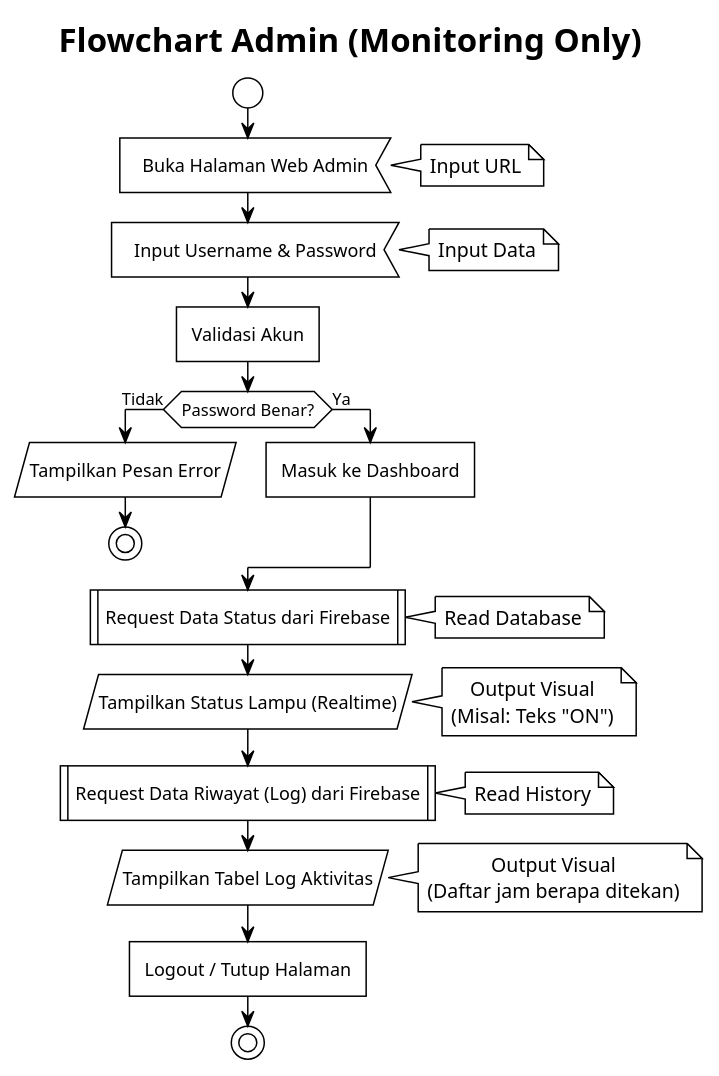
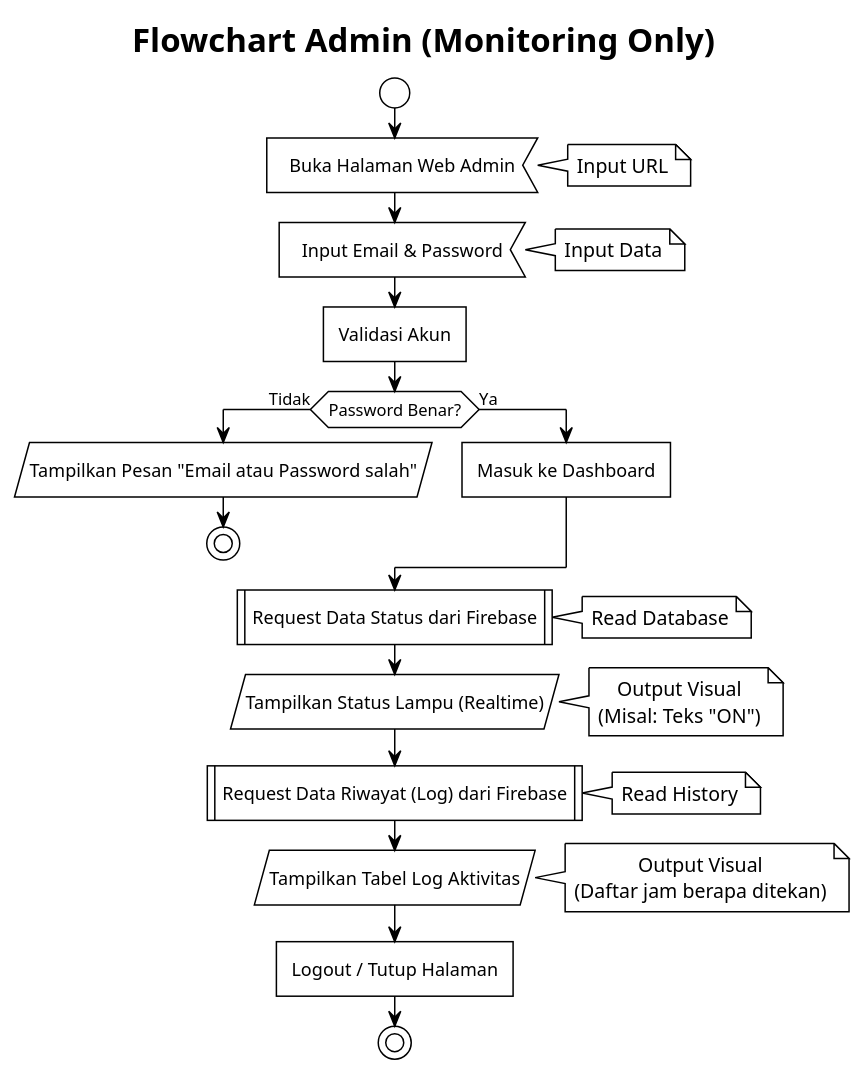
One commit to C-PPAW-TI503P-2025/PROJECT_Kelompok7_INFRARED changed the diagram in UML/FlowChartAdmin.puml. Above: the diagram before and after it, drawn with PlantUML. The commit also changed 7 other files, not shown here.

Commit message:
Memperbaiki diagram UML agar lebih jelas dan akurat, termasuk memperbarui diagram alur, diagram kelas, dan ERD untuk mencerminkan perubahan input pengguna dan interaksi sistem.

```diff
--- a/UML/FlowChartAdmin.puml
+++ b/UML/FlowChartAdmin.puml
@@ -1,49 +1,49 @@
 @startuml
 !theme plain
 skinparam defaultTextAlignment center
 skinparam activity {
     BackgroundColor White
     BorderColor Black
     ArrowColor Black
     FontName Arial
 }
 
 title Flowchart Admin (Monitoring Only)
 
 start
 
 ' --- BAGIAN 1: LOGIN (Tetap Ada) ---
 :Buka Halaman Web Admin<
 note right: Input URL
 
-:Input Username & Password<
+:Input Email & Password<
 note right: Input Data
 
 :Validasi Akun]
 
 if (Password Benar?) then (Tidak)
-    :Tampilkan Pesan Error/
+    :Tampilkan Pesan "Email atau Password salah"/
     stop
 else (Ya)
     :Masuk ke Dashboard]
 endif
 
 ' --- BAGIAN 2: MONITORING (Read Only) ---
 :Request Data Status dari Firebase|
 note right: Read Database
 
 :Tampilkan Status Lampu (Realtime)/
 note right: Output Visual\n(Misal: Teks "ON")
 
 :Request Data Riwayat (Log) dari Firebase|
 note right: Read History
 
 :Tampilkan Tabel Log Aktivitas/
 note right: Output Visual\n(Daftar jam berapa ditekan)
 
 ' --- TIDAK ADA AKSI EDIT/KONTROL ---
 
 :Logout / Tutup Halaman]
 
 stop
 @enduml
```
